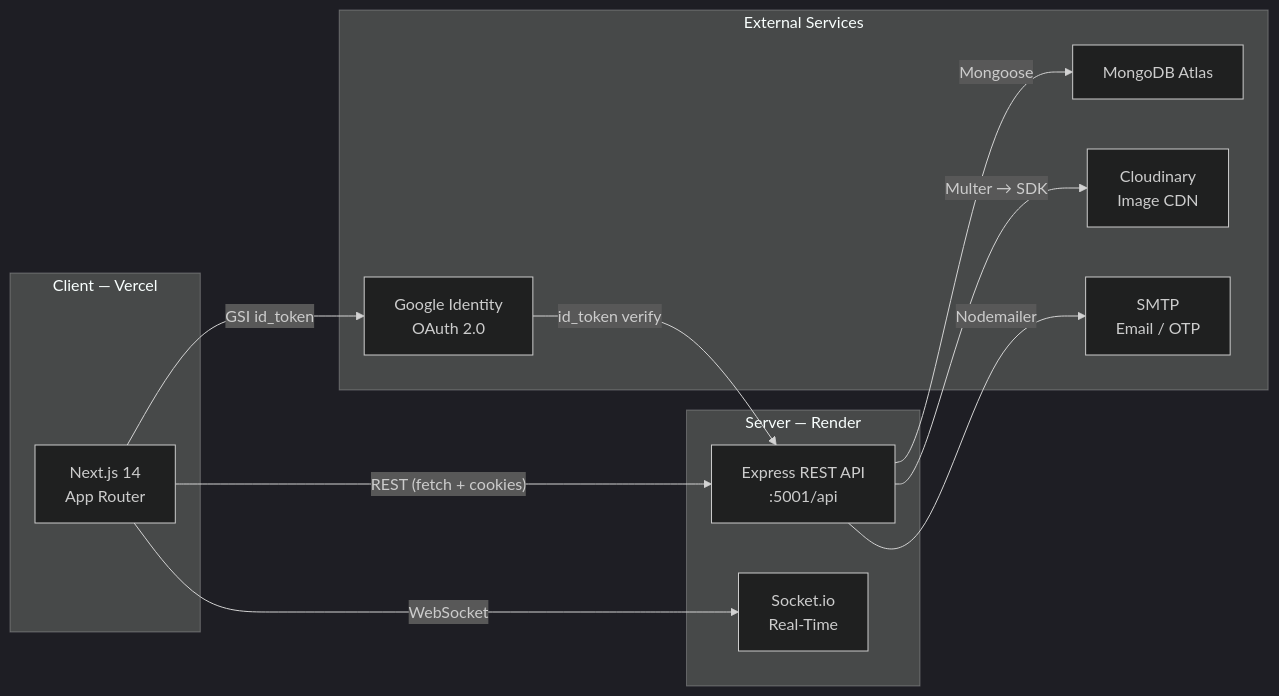
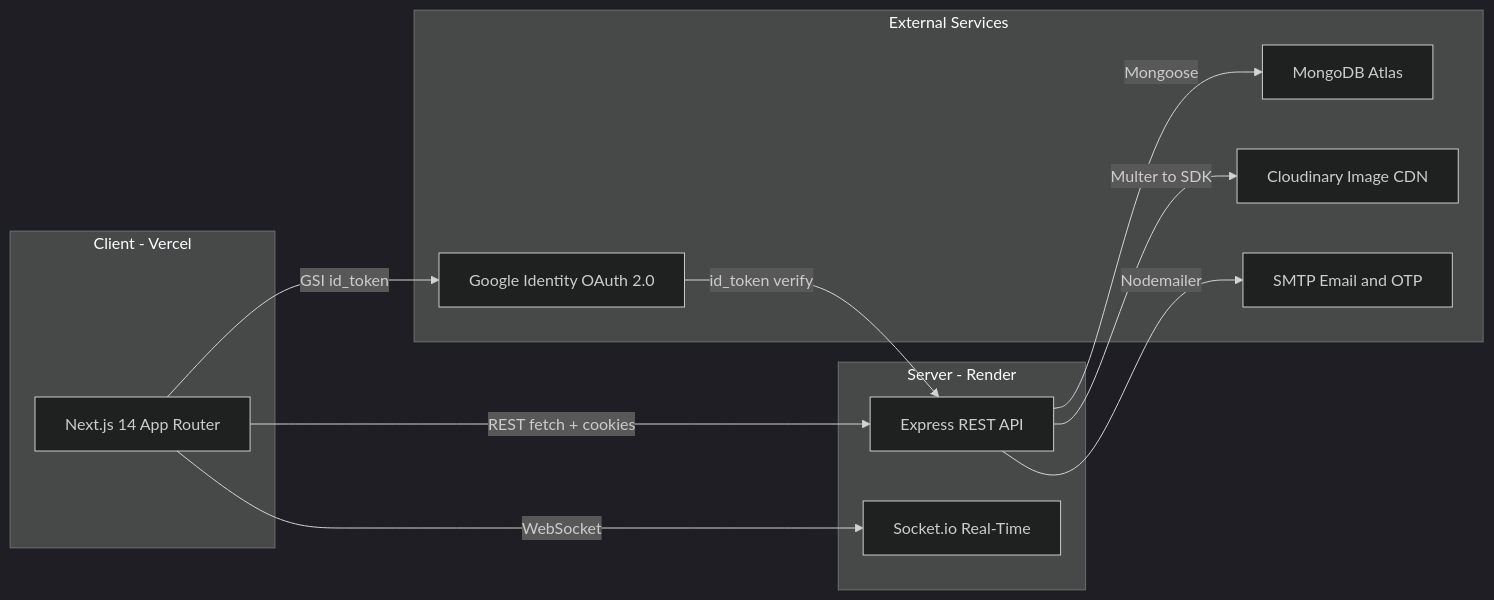
The first of 3 diagrams in README.md (ashwaniipandey/CampusBook), drawn with Mermaid (dark theme) before and after one commit. The commit also changed other lines of this file, not shown here.

````diff
--- a/README.md
+++ b/README.md
@@ -167,26 +167,26 @@
 ```mermaid
 flowchart LR
-    subgraph Client["Client — Vercel"]
-        NEXT["Next.js 14\nApp Router"]
+    subgraph Client["Client - Vercel"]
+        NEXT["Next.js 14 App Router"]
     end
 
-    subgraph Server["Server — Render"]
-        API["Express REST API\n:5001/api"]
-        SOCK["Socket.io\nReal-Time"]
+    subgraph Server["Server - Render"]
+        API["Express REST API"]
+        SOCK["Socket.io Real-Time"]
     end
 
     subgraph Services["External Services"]
         DB["MongoDB Atlas"]
-        CDN["Cloudinary\nImage CDN"]
-        SMTP["SMTP\nEmail / OTP"]
-        GOOGLE["Google Identity\nOAuth 2.0"]
+        CDN["Cloudinary Image CDN"]
+        SMTP["SMTP Email and OTP"]
+        GOOG["Google Identity OAuth 2.0"]
     end
 
-    NEXT -- "REST (fetch + cookies)" --> API
+    NEXT -- "REST fetch + cookies" --> API
     NEXT -- "WebSocket" --> SOCK
     API -- "Mongoose" --> DB
-    API -- "Multer → SDK" --> CDN
+    API -- "Multer to SDK" --> CDN
     API -- "Nodemailer" --> SMTP
-    NEXT -- "GSI id_token" --> GOOGLE
-    GOOGLE -- "id_token verify" --> API
+    NEXT -- "GSI id_token" --> GOOG
+    GOOG -- "id_token verify" --> API
 ```
````
